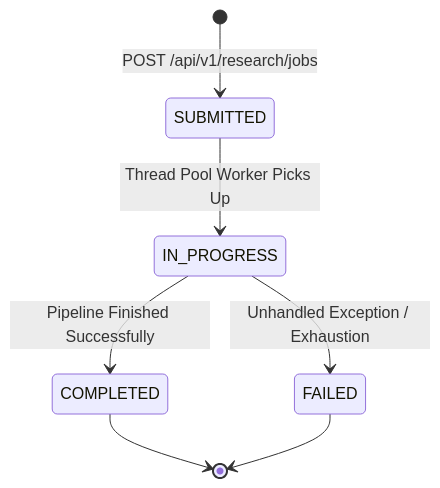
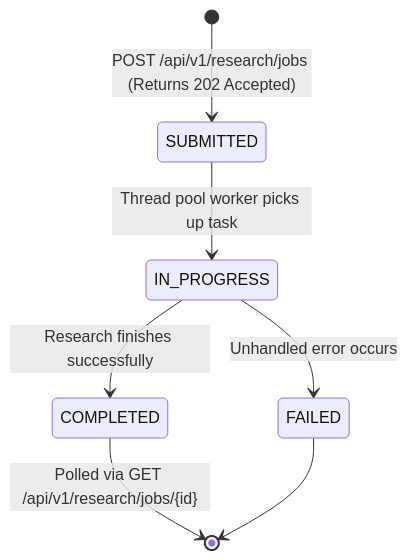
The diagram in docs/learning/05-async-job-lifecycle-and-thread-pooling.md (parvagr247/data-enrichment-ai-intelligence), drawn with Mermaid before and after one commit. The commit also changed other lines of this file and 200 other files, not shown here.

````diff
--- a/docs/learning/05-async-job-lifecycle-and-thread-pooling.md
+++ b/docs/learning/05-async-job-lifecycle-and-thread-pooling.md
@@ -9,9 +32,9 @@
 ```mermaid
 stateDiagram-v2
-    [*] --> SUBMITTED : POST /api/v1/research/jobs
-    SUBMITTED --> IN_PROGRESS : Thread Pool Worker Picks Up
-    IN_PROGRESS --> COMPLETED : Pipeline Finished Successfully
-    IN_PROGRESS --> FAILED : Unhandled Exception / Exhaustion
-    COMPLETED --> [*]
+    [*] --> SUBMITTED : POST /api/v1/research/jobs (Returns 202 Accepted)
+    SUBMITTED --> IN_PROGRESS : Thread pool worker picks up task
+    IN_PROGRESS --> COMPLETED : Research finishes successfully
+    IN_PROGRESS --> FAILED : Unhandled error occurs
+    COMPLETED --> [*] : Polled via GET /api/v1/research/jobs/{id}
     FAILED --> [*]
 ```
````
